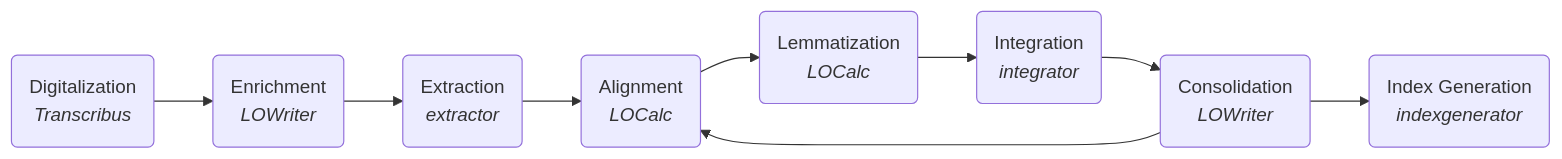
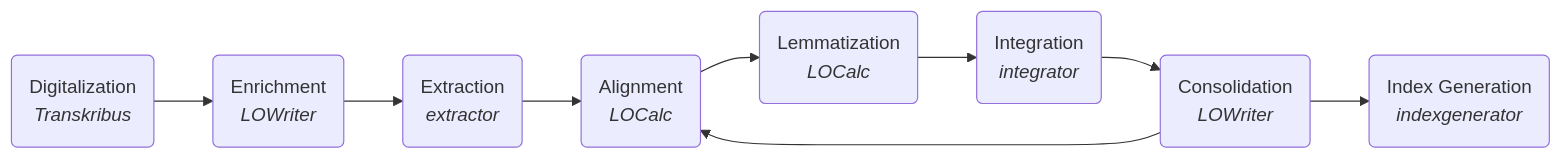
Before and after one commit to mapto/UchitelnoEvangelie: the diagram in README.md, drawn with Mermaid.

````diff
--- a/README.md
+++ b/README.md
@@ -13,11 +13,11 @@
 ```mermaid
 graph LR
-    A(Digitalization<br/><i>Transcribus</i>) --> AA(Enrichment<br/><i>LOWriter</i>) 
+    A(Digitalization<br/><i>Transkribus</i>) --> AA(Enrichment<br/><i>LOWriter</i>) 
     AA --> B(Extraction<br/><i>extractor</i>)
     B --> C(Alignment<br/><i>LOCalc</i>)
     C --> D(Lemmatization<br/><i>LOCalc</i>)
     D --> E(Integration<br/><i>integrator</i>)
     E --> F(Consolidation<br/><i>LOWriter</i>)
     F --> C
     F --> G(Index Generation<br/><i>indexgenerator</i>)
 ```
````
